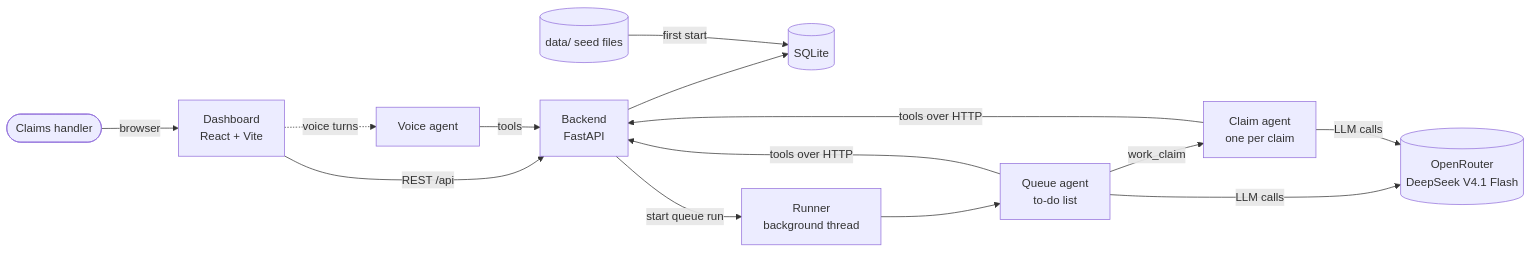
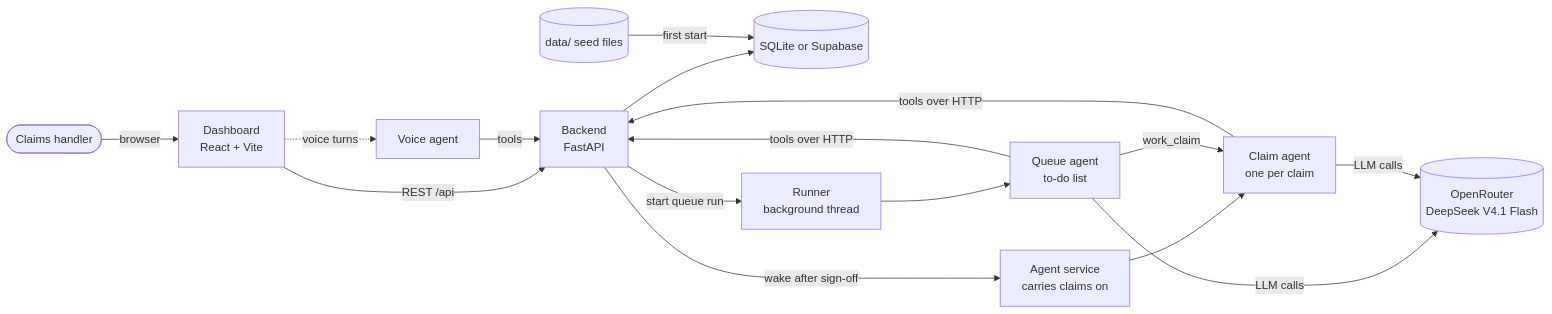
One commit to abideenz01/Cipher-Cover changed the diagram in README.md. Above: the diagram before and after it, drawn with Mermaid. The commit also changed other lines of this file and 10 other files, not shown here.

````diff
--- a/README.md
+++ b/README.md
@@ -165,16 +165,18 @@
 ```mermaid
 flowchart LR
     H([Claims handler]) -->|browser| D[Dashboard<br/>React + Vite]
     D -->|REST /api| B[Backend<br/>FastAPI]
-    B --> DB[(SQLite)]
+    B --> DB[(SQLite or Supabase)]
+    B -->|wake after sign-off| A[Agent service<br/>carries claims on]
+    A --> C
     B -->|start queue run| R[Runner<br/>background thread]
     R --> Q[Queue agent<br/>to-do list]
     Q -->|work_claim| C[Claim agent<br/>one per claim]
     Q -->|tools over HTTP| B
     C -->|tools over HTTP| B
     Q -->|LLM calls| O[(OpenRouter<br/>DeepSeek V4.1 Flash)]
     C -->|LLM calls| O
     D -.->|voice turns| V[Voice agent]
     V -->|tools| B
     S[(data/ seed files)] -->|first start| DB
 ```
````
